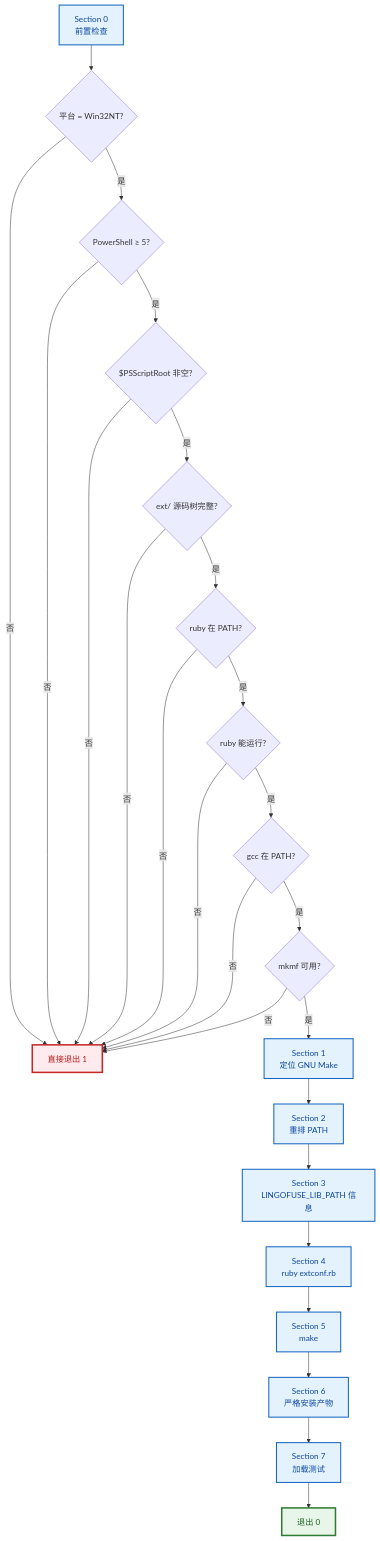
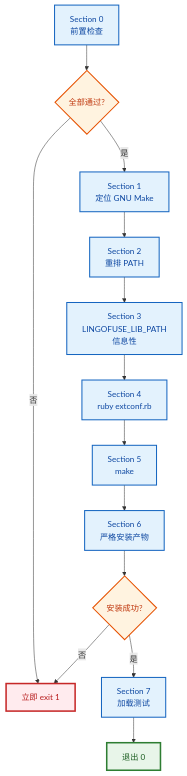
Diagram 11 of 23 in ruby/README.md (PassByYou888/LingoFuse), drawn with Mermaid before and after one commit. The commit also changed other lines of this file, not shown here.

````diff
--- a/ruby/README.md
+++ b/ruby/README.md
@@ -653,35 +608,25 @@
 ```mermaid
 flowchart TD
-    S0["Section 0<br/>前置检查"] --> S0a{"平台 = Win32NT?"}
-    S0a -- "否" --> Fail0["直接退出 1"]
-    S0a -- "是" --> S0b{"PowerShell ≥ 5?"}
-    S0b -- "否" --> Fail0
-    S0b -- "是" --> S0c{"$PSScriptRoot 非空?"}
-    S0c -- "否" --> Fail0
-    S0c -- "是" --> S0d{"ext/ 源码树完整?"}
-    S0d -- "否" --> Fail0
-    S0d -- "是" --> S0e{"ruby 在 PATH?"}
-    S0e -- "否" --> Fail0
-    S0e -- "是" --> S0f{"ruby 能运行?"}
-    S0f -- "否" --> Fail0
-    S0f -- "是" --> S0g{"gcc 在 PATH?"}
-    S0g -- "否" --> Fail0
-    S0g -- "是" --> S0h{"mkmf 可用?"}
-    S0h -- "否" --> Fail0
-    S0h -- "是" --> S1["Section 1<br/>定位 GNU Make"]
+    S0["Section 0<br/>前置检查"] --> Q0{"全部通过?"}
+    Q0 -->|"否"| Fail["立即 exit 1"]
+    Q0 -->|"是"| S1["Section 1<br/>定位 GNU Make"]
     S1 --> S2["Section 2<br/>重排 PATH"]
-    S2 --> S3["Section 3<br/>LINGOFUSE_LIB_PATH 信息"]
+    S2 --> S3["Section 3<br/>LINGOFUSE_LIB_PATH<br/>信息性"]
     S3 --> S4["Section 4<br/>ruby extconf.rb"]
     S4 --> S5["Section 5<br/>make"]
     S5 --> S6["Section 6<br/>严格安装产物"]
-    S6 --> S7["Section 7<br/>加载测试"]
+    S6 --> Q6{"安装成功?"}
+    Q6 -->|"否"| Fail
+    Q6 -->|"是"| S7["Section 7<br/>加载测试"]
     S7 --> Done["退出 0"]
 
+    classDef step fill:#E3F2FD,stroke:#1565C0,stroke-width:2px,color:#0D47A1
+    classDef check fill:#FFF3E0,stroke:#E65100,stroke-width:2px,color:#BF360C
     classDef fail fill:#FFEBEE,stroke:#C62828,stroke-width:3px,color:#B71C1C
-    classDef ok fill:#E8F5E9,stroke:#2E7D32,stroke-width:3px,color:#1B5E20
-    classDef step fill:#E3F2FD,stroke:#1565C0,stroke-width:2px,color:#0D47A1
+    classDef done fill:#E8F5E9,stroke:#2E7D32,stroke-width:3px,color:#1B5E20
 
-    class Fail0 fail
-    class Done ok
     class S0,S1,S2,S3,S4,S5,S6,S7 step
+    class Q0,Q6 check
+    class Fail fail
+    class Done done
 ```
````
